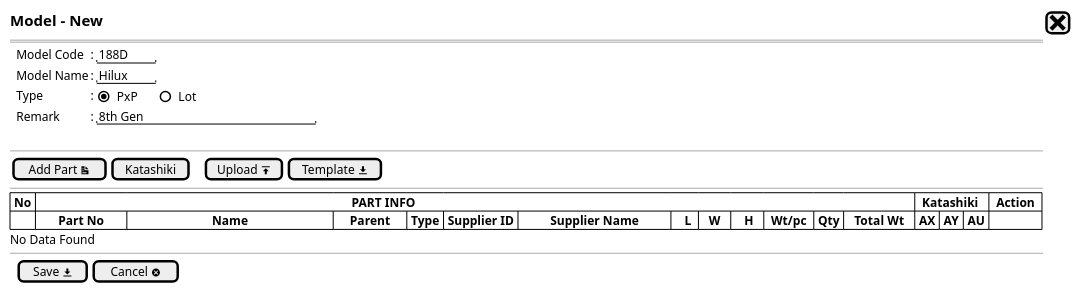
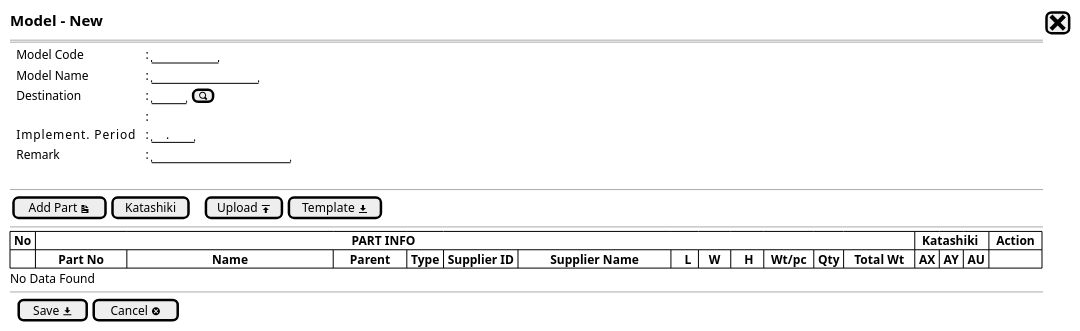
Before and after one commit to ari-fikri/packing-cost-mockup: the diagram in Model/model - newstep1a.puml, drawn with PlantUML. The commit also changed 5 other files, not shown here.

Commit message:
Modify Model UI Structure - Add Destination (code/name) - Add Implemenation period

```diff
--- a/Model/model - newstep1a.puml
+++ b/Model/model - newstep1a.puml
@@ -1,29 +1,31 @@
 @startsalt
 {
   <size:15><b>Model - New |[<size:25><&x>]|*
   ==
   
   {   
-    .|Model Code |: |"188D   "|*
-    .|Model Name |: |"Hilux  "|*
-    .|Type       |: { (X)PxP      |   ()Lot  }*    
-    .|Remark     |: |"8th Gen                    "|*
+    .|Model Code              |: |"        "|*
+    .|Model Name              |: |"             "| *
+    .|Destination             |: |"    "|[<&magnifying-glass>]|*
+    .|.                       |: |*
+    .|Implement. Period       |: |"    ."|*
+    .|Remark                  |: |"                 "|*    
   }
   .
 --
   {
     [Add Part <&document>]|[Katashiki]|.|.|[Upload <&data-transfer-upload>]| [Template <&data-transfer-download>]|
   }
   --
   {#
     | <b>No |                                                                                                     <b>PART INFO                                                                                                                                  |*|*|*|*|*|*|*|*|*|*|*|<b>  Katashiki  |*|*     |  <b>Action  |*|*
-    |.     |       <b>Part No       |                           <b>Name                           |     <b>Parent     | <b>Type | <b>Supplier ID |          <b>Supplier Name          |    <b>L  |   <b>W   |    <b>H   |  <b>Wt/pc  | <b>Qty |<b>   Total Wt                         | <b>AX | <b>AY | <b>AU |.|*|*
+    |.      |       <b>Part No       |                           <b>Name                           |     <b>Parent     | <b>Type | <b>Supplier ID |          <b>Supplier Name          |    <b>L  |   <b>W   |    <b>H   |  <b>Wt/pc  | <b>Qty |<b>   Total Wt                        | <b>AX | <b>AY | <b>AU |.|*|*
   }
   No Data Found
   --
   {
   .|[ Save <&data-transfer-download>] |  [Cancel <&circle-x> ]|*
   }
 }
 
   @endsalt
```
